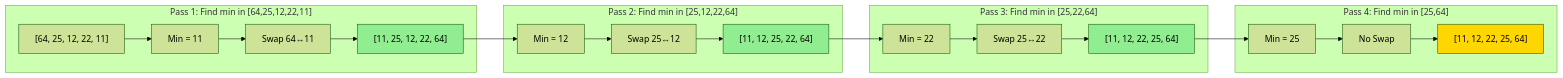
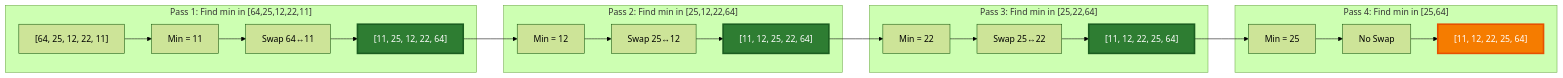
Before and after one commit to pentoshi007/tuf: the third of 13 diagrams in dsa/Advanced/sorting/README.md, drawn with Mermaid (forest theme). The commit also changed other lines of this file, not shown here.

First line of the commit message:
Improve visibility of Mermaid diagrams with better color contrast

````diff
--- a/dsa/Advanced/sorting/README.md
+++ b/dsa/Advanced/sorting/README.md
@@ -217,31 +222,31 @@
 ```mermaid
 graph LR
     subgraph "Pass 1: Find min in [64,25,12,22,11]"
     A1["[64, 25, 12, 22, 11]"] --> B1["Min = 11"]
     B1 --> C1["Swap 64↔11"]
     C1 --> D1["[11, 25, 12, 22, 64]"]
     end
-    
+
     subgraph "Pass 2: Find min in [25,12,22,64]"
     D1 --> E1["Min = 12"]
     E1 --> F1["Swap 25↔12"]
     F1 --> G1["[11, 12, 25, 22, 64]"]
     end
-    
+
     subgraph "Pass 3: Find min in [25,22,64]"
     G1 --> H1["Min = 22"]
     H1 --> I1["Swap 25↔22"]
     I1 --> J1["[11, 12, 22, 25, 64]"]
     end
-    
+
     subgraph "Pass 4: Find min in [25,64]"
     J1 --> K1["Min = 25"]
     K1 --> L1["No Swap"]
     L1 --> M1["[11, 12, 22, 25, 64]"]
     end
-    
-    style D1 fill:#90EE90
-    style G1 fill:#90EE90
-    style J1 fill:#90EE90
-    style M1 fill:#FFD700
+
+    style D1 fill:#2E7D32,stroke:#1B5E20,stroke-width:3px,color:#fff
+    style G1 fill:#2E7D32,stroke:#1B5E20,stroke-width:3px,color:#fff
+    style J1 fill:#2E7D32,stroke:#1B5E20,stroke-width:3px,color:#fff
+    style M1 fill:#F57C00,stroke:#E65100,stroke-width:3px,color:#fff
 ```
````
